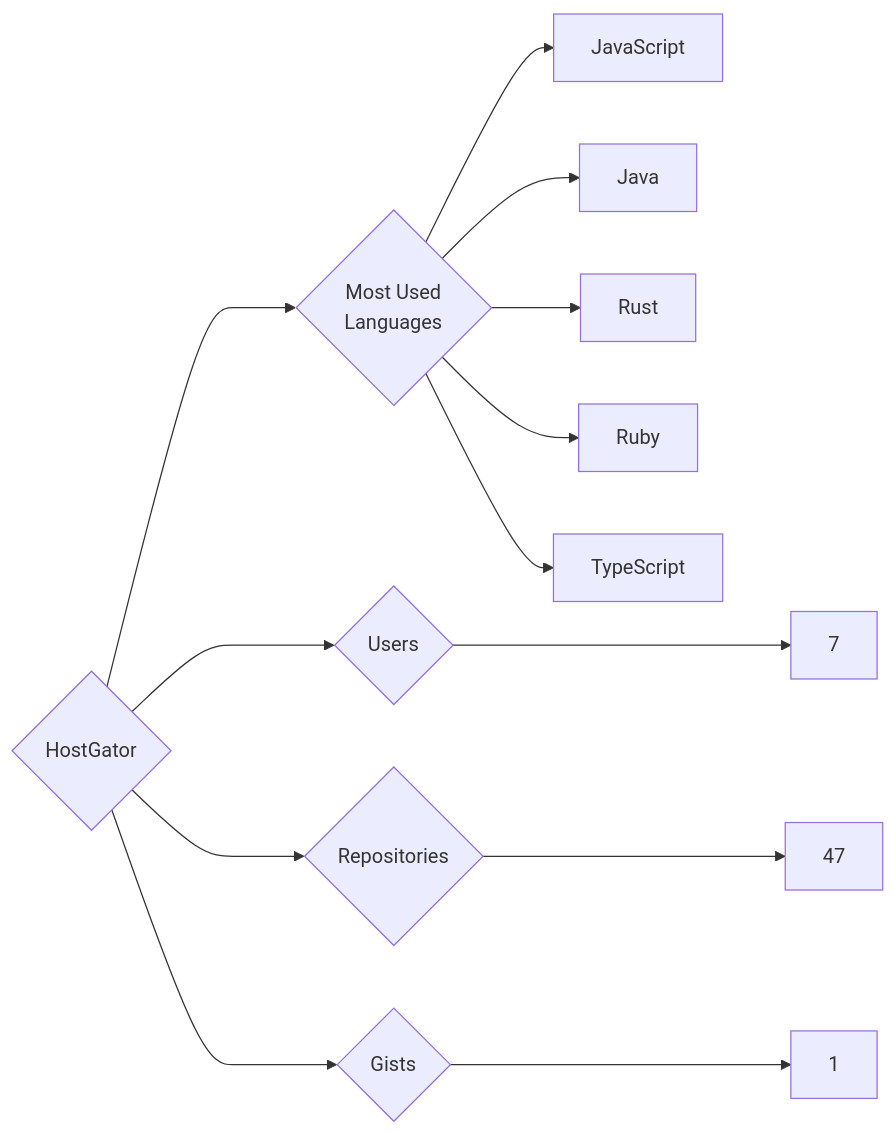
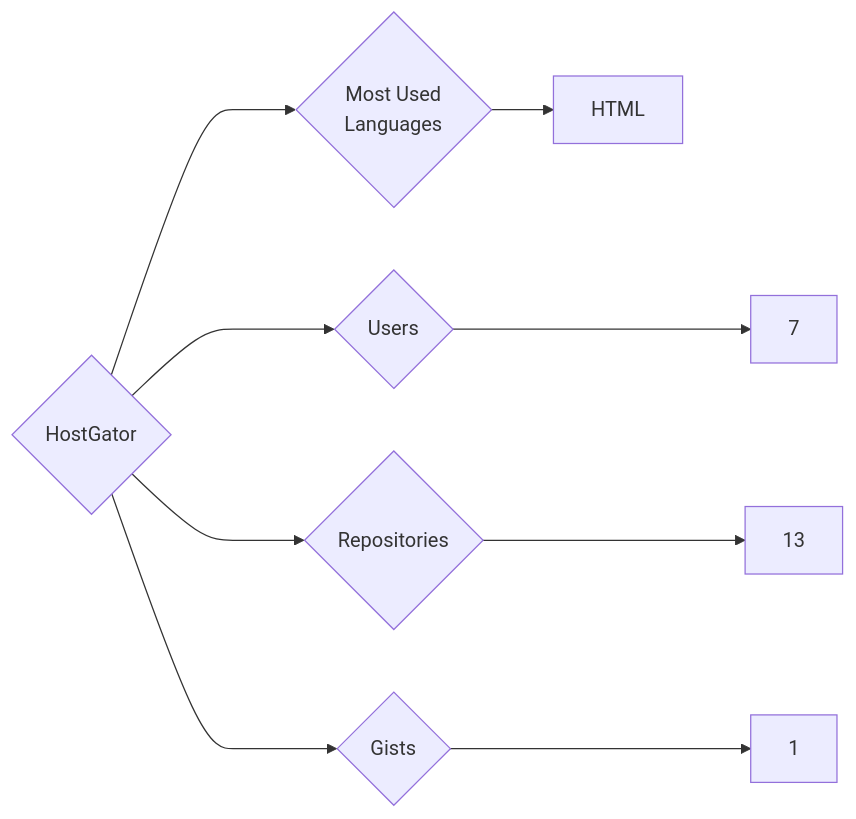
One commit to trickest/insiders changed the diagram in targets/HostGator/README.md. Above: the diagram before and after it, drawn with Mermaid. The commit also changed 1141 other files, not shown here.

````diff
--- a/targets/HostGator/README.md
+++ b/targets/HostGator/README.md
@@ -3,13 +3,9 @@
 ```mermaid
 graph LR
 COMPANY_NAME{HostGator}
 COMPANY_NAME ---> U{Users} ---> UN[7]
-COMPANY_NAME ---> R{Repositories} ---> RN[47]
+COMPANY_NAME ---> R{Repositories} ---> RN[13]
 COMPANY_NAME ---> G{Gists} ---> GN[1]
 COMPANY_NAME ---> ML{Most Used<br>Languages}
-ML --> JavaScript[JavaScript]
-ML --> Java[Java]
-ML --> Rust[Rust]
-ML --> Ruby[Ruby]
-ML --> TypeScript[TypeScript]
+ML --> HTML[HTML]
 ```
````
